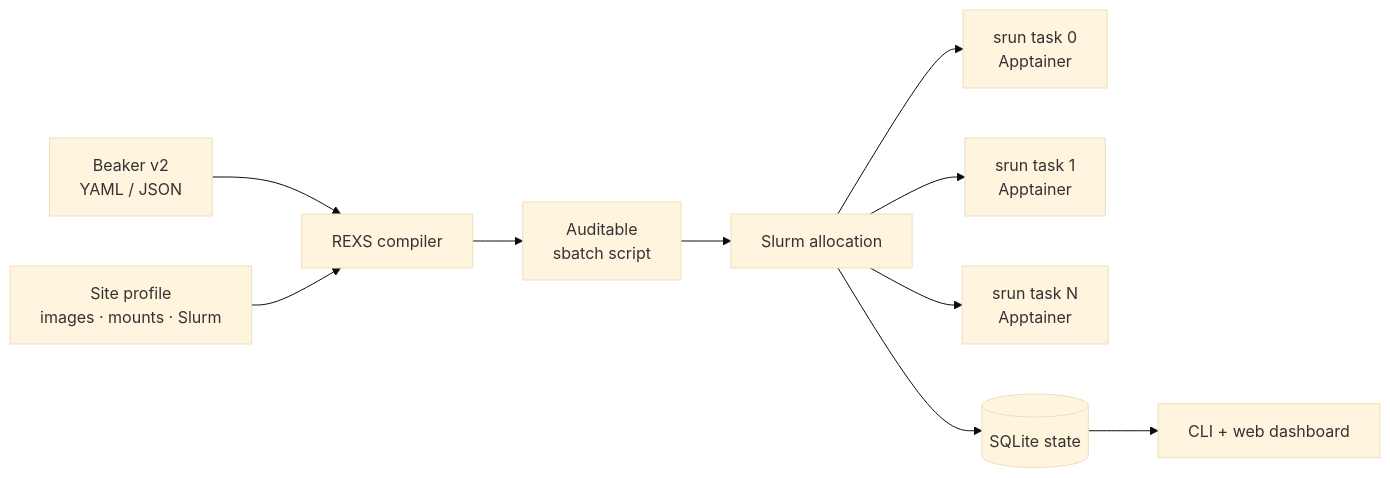
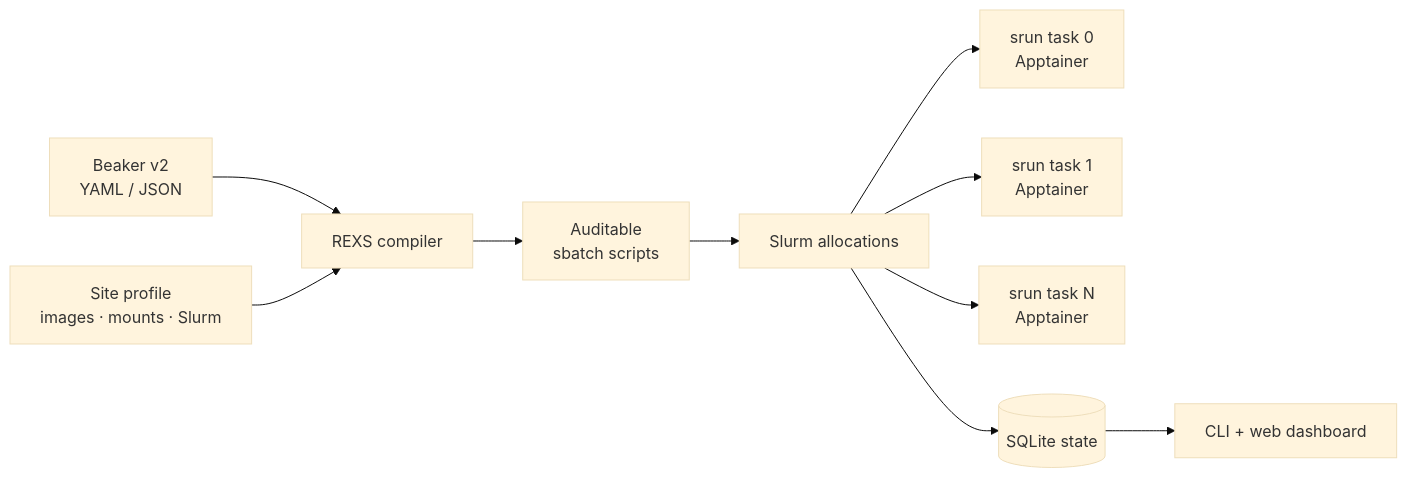
One commit to goncalorafaria/rexs changed the diagram in README.md. Above: the diagram before and after it, drawn with Mermaid (base theme). The commit also changed other lines of this file and 21 other files, not shown here.

````diff
--- a/README.md
+++ b/README.md
@@ -56,12 +56,12 @@
 ```mermaid
 flowchart LR
     A[Beaker v2<br>YAML / JSON] --> B[REXS compiler]
     P[Site profile<br>images · mounts · Slurm] --> B
-    B --> C[Auditable<br>sbatch script]
-    C --> D[Slurm allocation]
+    B --> C[Auditable<br>sbatch scripts]
+    C --> D[Slurm allocations]
     D --> E1[srun task 0<br>Apptainer]
     D --> E2[srun task 1<br>Apptainer]
     D --> EN[srun task N<br>Apptainer]
     D --> S[(SQLite state)]
     S --> UI[CLI + web dashboard]
 ```
````
